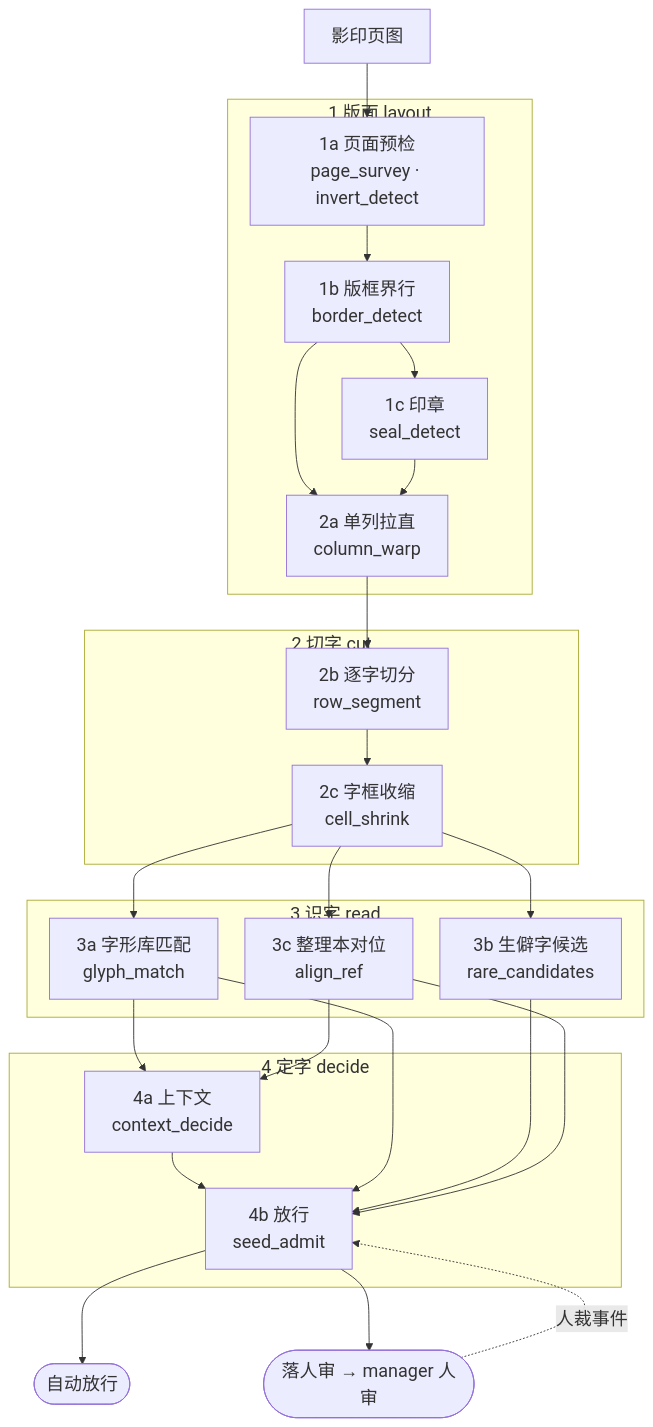
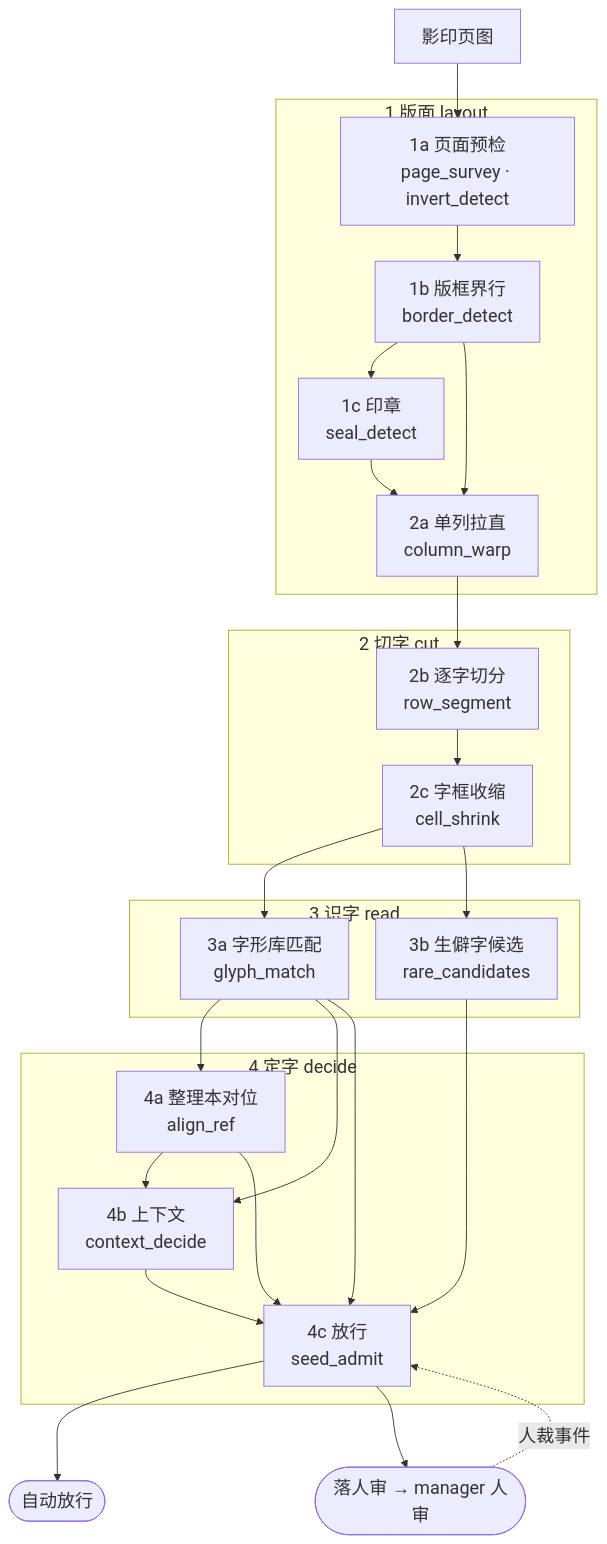
The diagram in wiki/管线全景.md (open-guji/open-guji-cv), drawn with Mermaid before and after one commit. The commit also changed other lines of this file and 15 other files, not shown here.

First line of the commit message:
四大步：整理本对位 align_ref 从 3 识字移到 4 定字（只改分组，步骤 id、产物、指纹不变）

````diff
--- a/wiki/管线全景.md
+++ b/wiki/管线全景.md
@@ -18,31 +18,32 @@
 ```mermaid
 %%{init: {"themeVariables": {"fontSize": "20px"}, "flowchart": {"nodeSpacing": 30, "rankSpacing": 40}}}%%
 flowchart TD
   raw[影印页图]
   subgraph L["1 版面 layout"]
     s0["1a 页面预检<br/>page_survey · invert_detect"] --> s1["1b 版框界行<br/>border_detect"]
     s1 --> seal["1c 印章<br/>seal_detect"]
     s1 --> s2["2a 单列拉直<br/>column_warp"]
     seal --> s2
   end
   subgraph C["2 切字 cut"]
     s3["2b 逐字切分<br/>row_segment"] --> s4["2c 字框收缩<br/>cell_shrink"]
   end
   subgraph R["3 识字 read"]
     a["3a 字形库匹配<br/>glyph_match"]
     b["3b 生僻字候选<br/>rare_candidates"]
-    d["3c 整理本对位<br/>align_ref"]
   end
   subgraph D["4 定字 decide"]
-    s6["4a 上下文<br/>context_decide"] --> s7["4b 放行<br/>seed_admit"]
+    d["4a 整理本对位<br/>align_ref"]
+    s6["4b 上下文<br/>context_decide"] --> s7["4c 放行<br/>seed_admit"]
   end
   raw --> s0
   s2 --> s3
-  s4 --> a & b & d
+  s4 --> a & b
+  a --> d
   a --> s6
   d --> s6
   a & b & d --> s7
   s7 --> auto([自动放行])
   s7 --> rev([落人审 → manager 人审])
   rev -. 人裁事件 .-> s7
 ```
````
